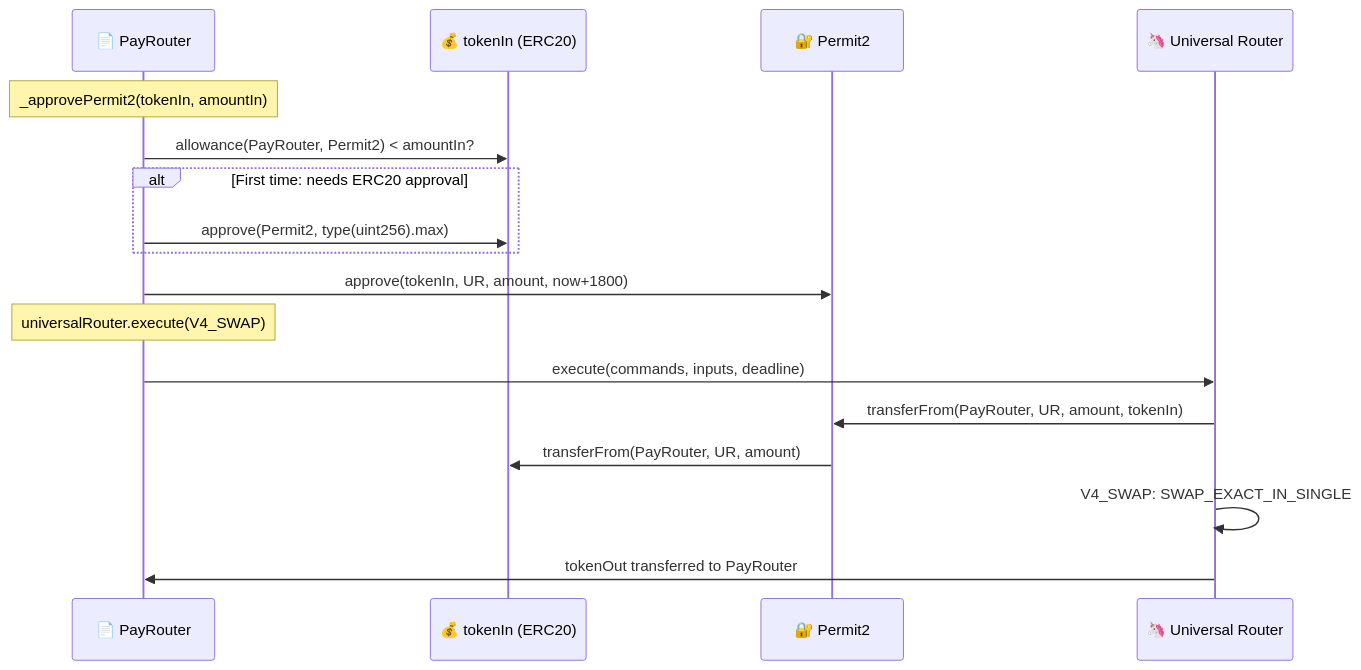
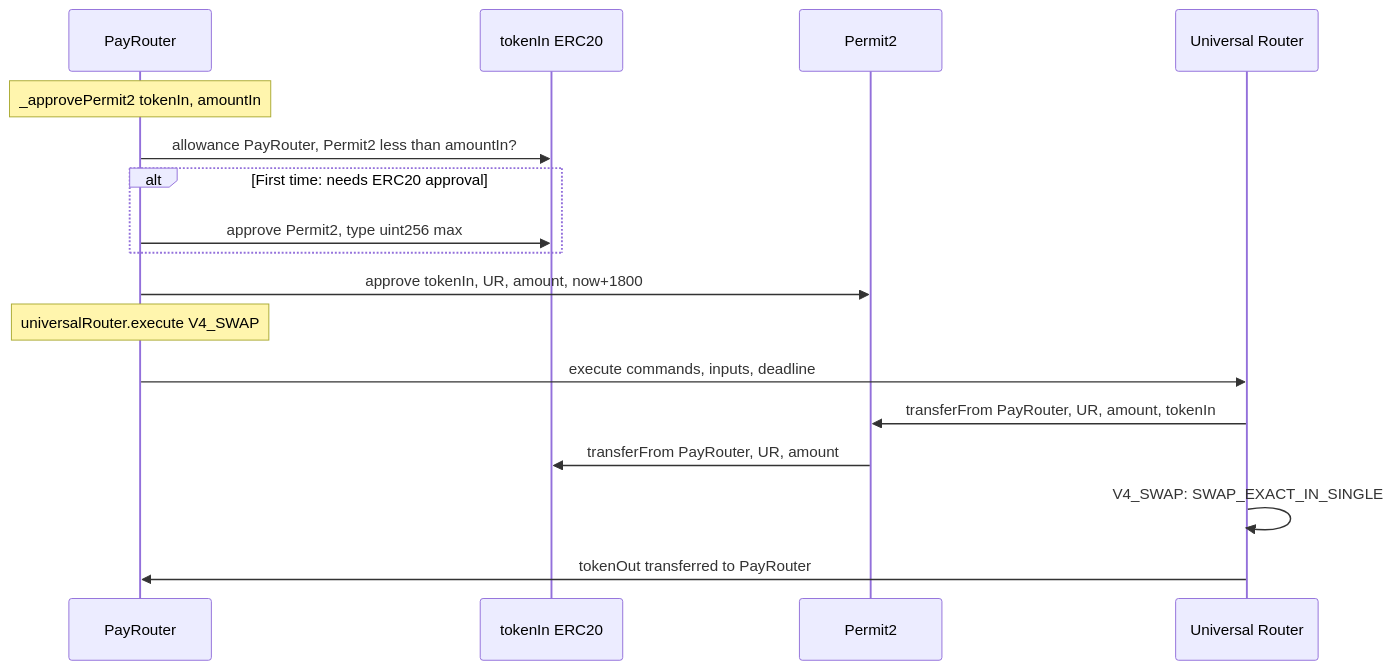
The sixth of 11 diagrams in docs/architecture.md (danelerr/htm-abipago), drawn with Mermaid before and after one commit. The commit also changed other lines of this file, not shown here.

Commit message:
updsare diagram

````diff
--- a/docs/architecture.md
+++ b/docs/architecture.md
@@ -328,22 +328,22 @@
 ```mermaid
 sequenceDiagram
-    participant PR as 📄 PayRouter
-    participant ERC20 as 💰 tokenIn (ERC20)
-    participant P2 as 🔐 Permit2
-    participant UR as 🦄 Universal Router
+    participant PR as PayRouter
+    participant ERC20 as tokenIn ERC20
+    participant P2 as Permit2
+    participant UR as Universal Router
 
-    Note over PR: _approvePermit2(tokenIn, amountIn)
+    Note over PR: _approvePermit2 tokenIn, amountIn
 
-    PR->>ERC20: allowance(PayRouter, Permit2) < amountIn?
+    PR->>ERC20: allowance PayRouter, Permit2 less than amountIn?
     alt First time: needs ERC20 approval
-        PR->>ERC20: approve(Permit2, type(uint256).max)
+        PR->>ERC20: approve Permit2, type uint256 max
     end
-    PR->>P2: approve(tokenIn, UR, amount, now+1800)
+    PR->>P2: approve tokenIn, UR, amount, now+1800
 
-    Note over PR: universalRouter.execute(V4_SWAP)
-    PR->>UR: execute(commands, inputs, deadline)
-    UR->>P2: transferFrom(PayRouter, UR, amount, tokenIn)
-    P2->>ERC20: transferFrom(PayRouter, UR, amount)
+    Note over PR: universalRouter.execute V4_SWAP
+    PR->>UR: execute commands, inputs, deadline
+    UR->>P2: transferFrom PayRouter, UR, amount, tokenIn
+    P2->>ERC20: transferFrom PayRouter, UR, amount
     UR->>UR: V4_SWAP: SWAP_EXACT_IN_SINGLE
     UR->>PR: tokenOut transferred to PayRouter
 ```
````
